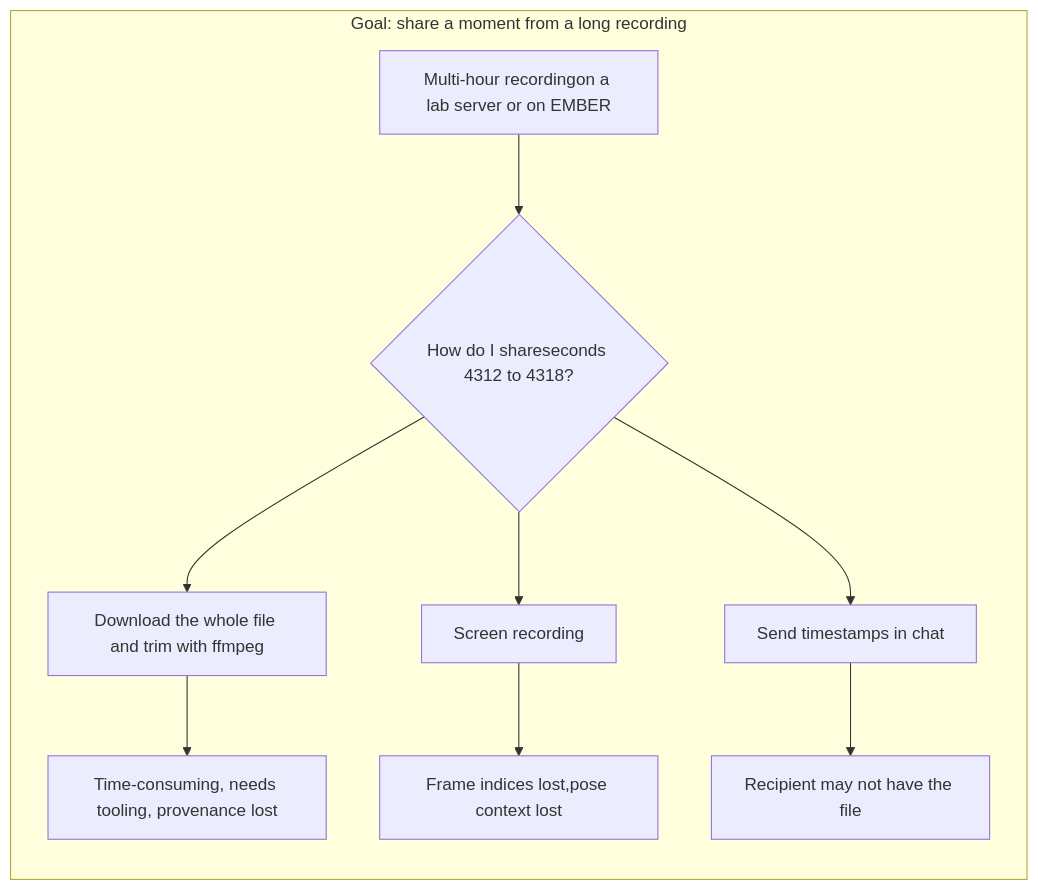
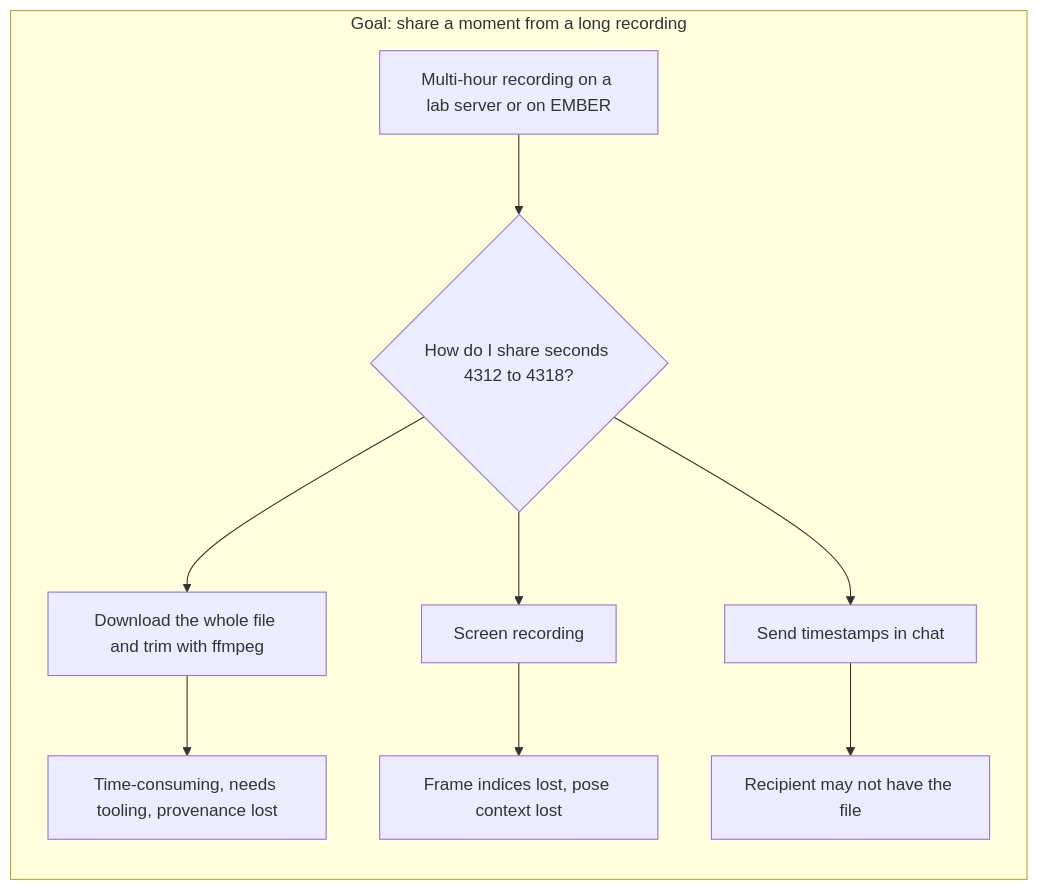
Before and after one commit to CodyCBakerPhD/BBQS-EMBER-docs: the first of 15 diagrams in user-stories/clip-extractor.md, drawn with Mermaid. The commit also changed other lines of this file and 1 other file, not shown here.

First line of the commit message:
Drop manual line breaks from Mermaid labels; add agent instructions

````diff
--- a/user-stories/clip-extractor.md
+++ b/user-stories/clip-extractor.md
@@ -33,13 +33,13 @@
 ```mermaid
 flowchart LR
     subgraph before["Goal: share a moment from a long recording"]
         direction TB
-        A[Multi-hour recordingon a lab server or on EMBER] --> B{How do I shareseconds 4312 to 4318?}
+        A[Multi-hour recording on a lab server or on EMBER] --> B{How do I share seconds 4312 to 4318?}
         B --> C[Download the whole file and trim with ffmpeg]
         B --> D[Screen recording]
         B --> E[Send timestamps in chat]
         C --> F[Time-consuming, needs tooling, provenance lost]
-        D --> G[Frame indices lost,pose context lost]
+        D --> G[Frame indices lost, pose context lost]
         E --> H[Recipient may not have the file]
     end
 ```
````
